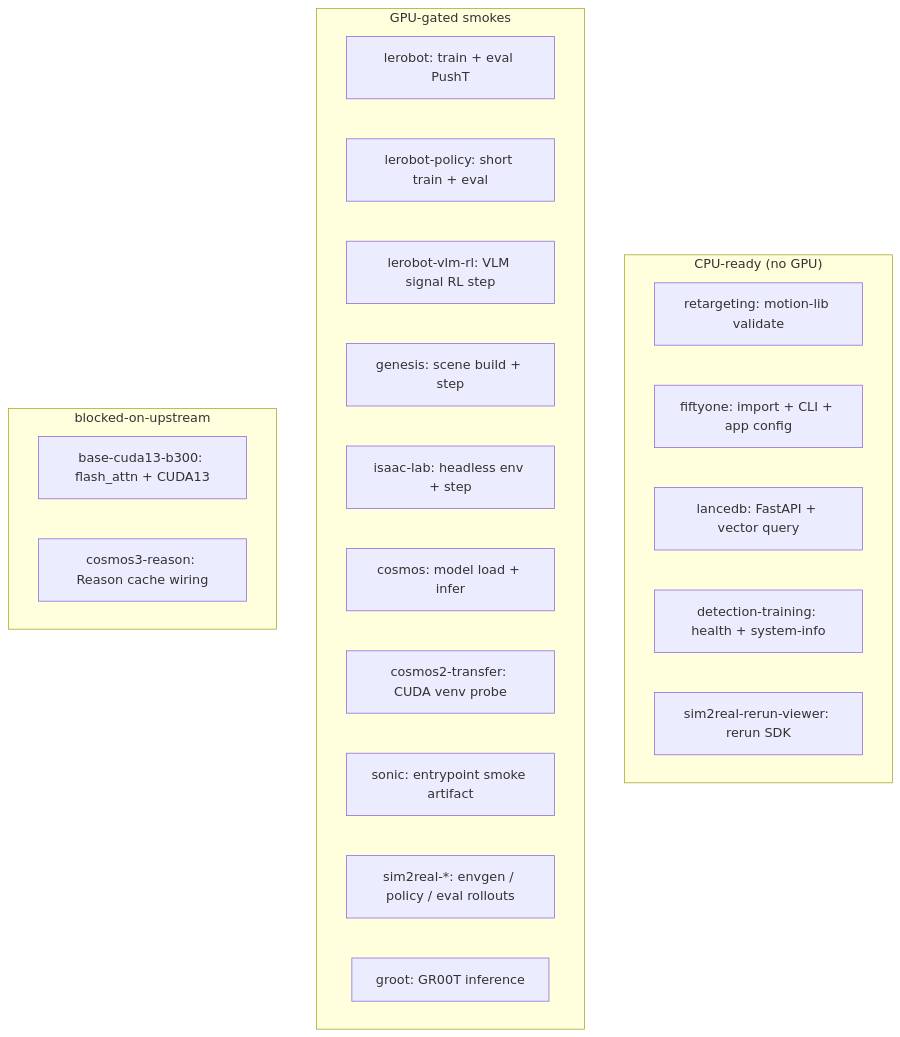
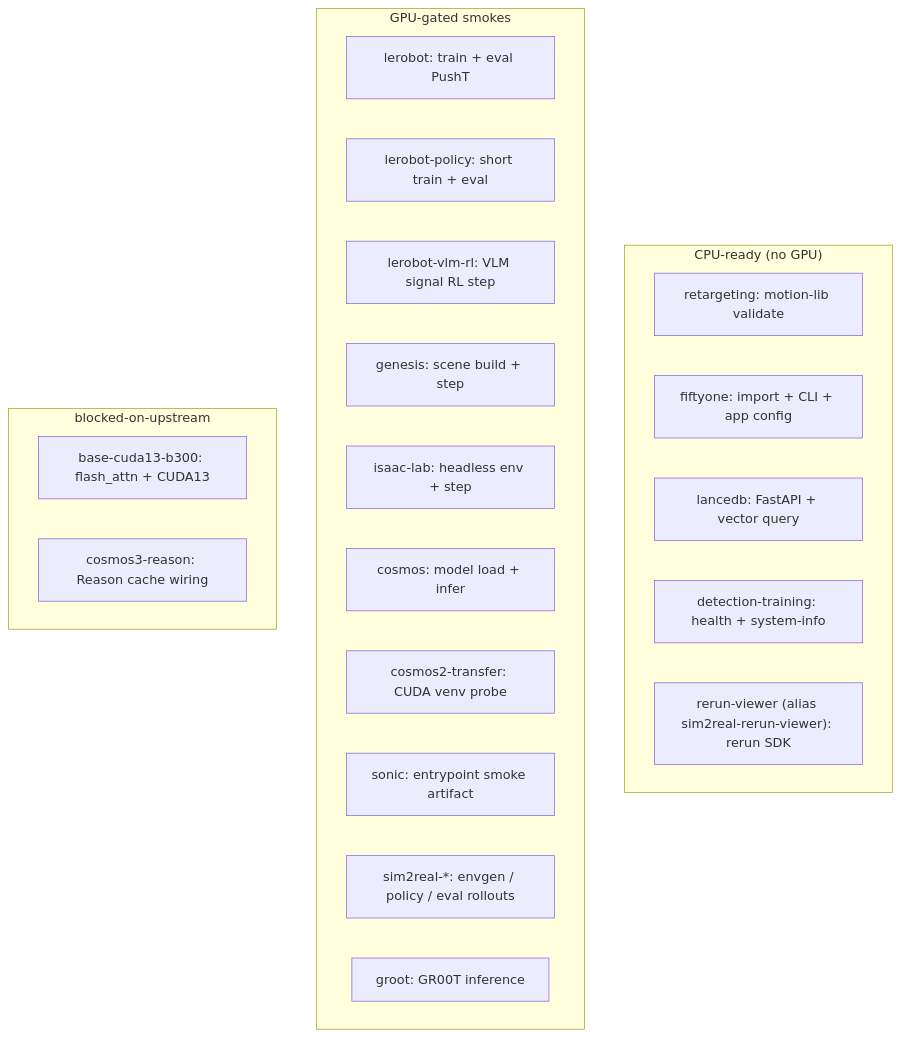
One commit to nebius/nebius-physical-ai changed the diagram in docs/security/container-golden-evals.md. Above: the diagram before and after it, drawn with Mermaid. The commit also changed other lines of this file and 13 other files, not shown here.

First line of the commit message:
Polish sim2real rerun viewer integration and naming consistency.

````diff
--- a/docs/security/container-golden-evals.md
+++ b/docs/security/container-golden-evals.md
@@ -65,26 +65,26 @@
 ```mermaid
 flowchart TB
   subgraph cpu_ready["CPU-ready (no GPU)"]
     retargeting["retargeting: motion-lib validate"]
     fiftyone["fiftyone: import + CLI + app config"]
     lancedb["lancedb: FastAPI + vector query"]
     det_train["detection-training: health + system-info"]
-    rerun["sim2real-rerun-viewer: rerun SDK"]
+    rerun["rerun-viewer (alias sim2real-rerun-viewer): rerun SDK"]
   end
   subgraph gpu_gated["GPU-gated smokes"]
     lerobot["lerobot: train + eval PushT"]
     policy["lerobot-policy: short train + eval"]
     vlm["lerobot-vlm-rl: VLM signal RL step"]
     genesis["genesis: scene build + step"]
     isaac["isaac-lab: headless env + step"]
     cosmos["cosmos: model load + infer"]
     transfer["cosmos2-transfer: CUDA venv probe"]
     sonic["sonic: entrypoint smoke artifact"]
     s2r["sim2real-*: envgen / policy / eval rollouts"]
     groot["groot: GR00T inference"]
   end
   subgraph blocked["blocked-on-upstream"]
     b300["base-cuda13-b300: flash_attn + CUDA13"]
     reason["cosmos3-reason: Reason cache wiring"]
   end
 ```
````
